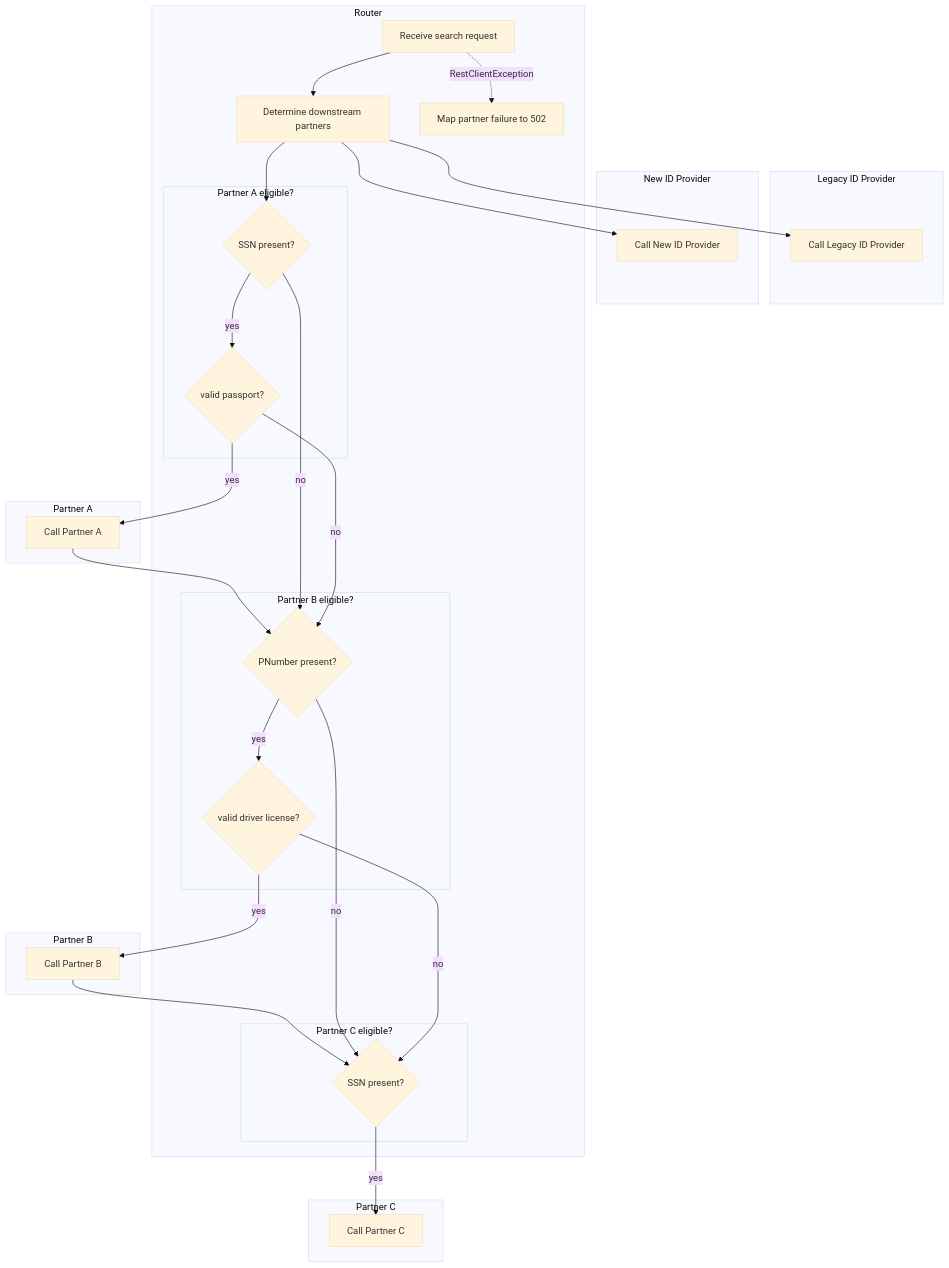
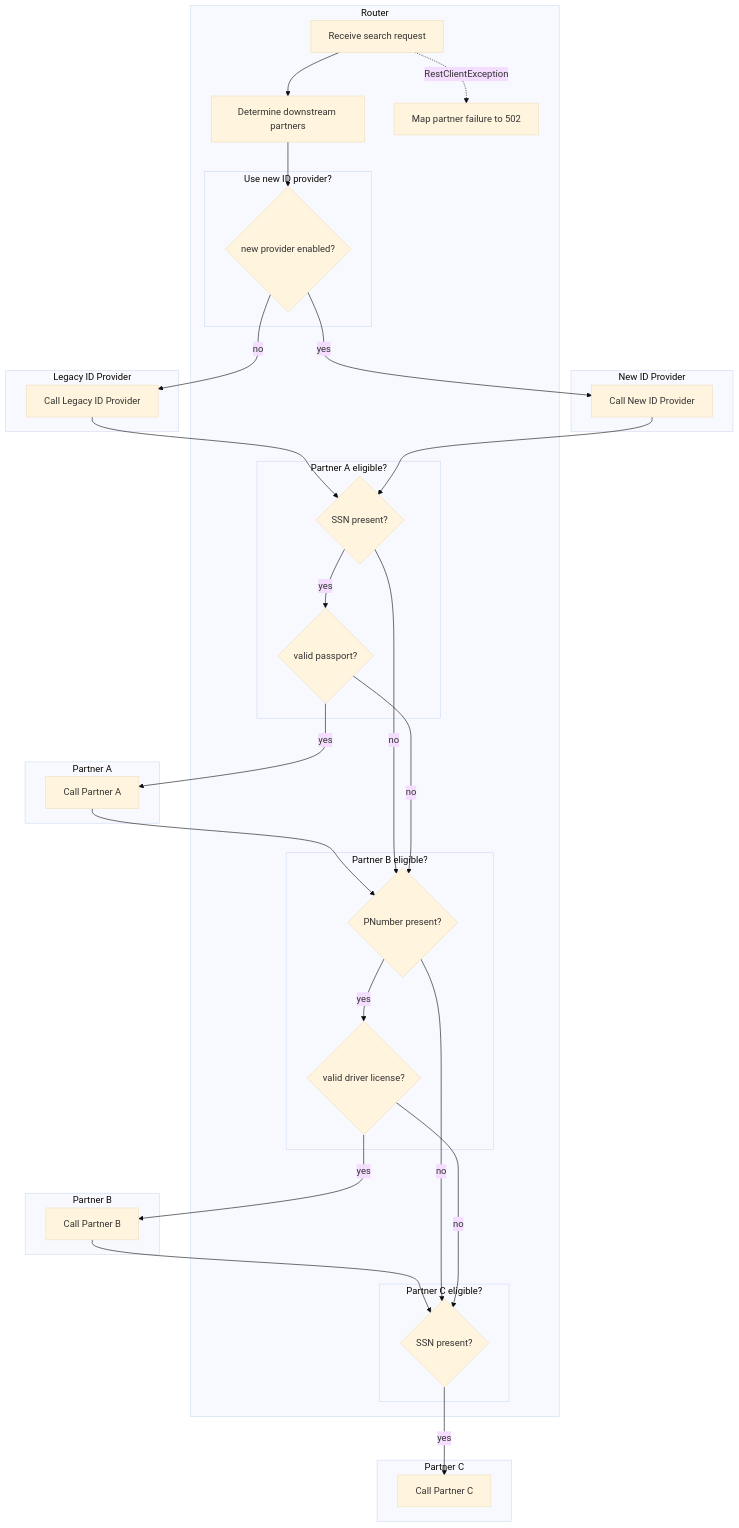
Before and after one commit to jwdomes/automockit: the diagram in main-app/docs/README.md, drawn with Mermaid (base theme). The commit also changed other lines of this file and 44 other files, not shown here.

First line of the commit message:
Add @FlowBranch for inline if/else branches

````diff
--- a/main-app/docs/README.md
+++ b/main-app/docs/README.md
@@ -8,50 +8,55 @@
 ```mermaid
 flowchart TD
     subgraph LEGACY_ID_PROVIDER["Legacy ID Provider"]
         call_legacy_id_provider["Call Legacy ID Provider"]
     end
     subgraph NEW_ID_PROVIDER["New ID Provider"]
         call_new_id_provider["Call New ID Provider"]
     end
     subgraph PARTNER_A["Partner A"]
         call_partner_a["Call Partner A"]
     end
     subgraph PARTNER_B["Partner B"]
         call_partner_b["Call Partner B"]
     end
     subgraph PARTNER_C["Partner C"]
         call_partner_c["Call Partner C"]
     end
     subgraph ROUTER["Router"]
         determine_downstream_partners["Determine downstream partners"]
         map_partner_failure_to_502["Map partner failure to 502"]
         subgraph partner_a_eligible["Partner A eligible?"]
             partner_a_eligible__ssn_present{"SSN present?"}
             partner_a_eligible__valid_passport{"valid passport?"}
         end
         subgraph partner_b_eligible["Partner B eligible?"]
             partner_b_eligible__pnumber_present{"PNumber present?"}
             partner_b_eligible__valid_driver_license{"valid driver license?"}
         end
         subgraph partner_c_eligible["Partner C eligible?"]
             partner_c_eligible__ssn_present{"SSN present?"}
         end
         receive_search_request["Receive search request"]
+        subgraph use_new_id_provider["Use new ID provider?"]
+            use_new_id_provider__new_provider_enabled{"new provider enabled?"}
+        end
     end
+    call_legacy_id_provider --> partner_a_eligible__ssn_present
+    call_new_id_provider --> partner_a_eligible__ssn_present
     call_partner_a --> partner_b_eligible__pnumber_present
     call_partner_b --> partner_c_eligible__ssn_present
-    determine_downstream_partners --> call_legacy_id_provider
-    determine_downstream_partners --> call_new_id_provider
-    determine_downstream_partners --> partner_a_eligible__ssn_present
+    determine_downstream_partners --> use_new_id_provider__new_provider_enabled
     partner_a_eligible__ssn_present -->|no| partner_b_eligible__pnumber_present
     partner_a_eligible__ssn_present -->|yes| partner_a_eligible__valid_passport
     partner_a_eligible__valid_passport -->|no| partner_b_eligible__pnumber_present
     partner_a_eligible__valid_passport -->|yes| call_partner_a
     partner_b_eligible__pnumber_present -->|no| partner_c_eligible__ssn_present
     partner_b_eligible__pnumber_present -->|yes| partner_b_eligible__valid_driver_license
     partner_b_eligible__valid_driver_license -->|no| partner_c_eligible__ssn_present
     partner_b_eligible__valid_driver_license -->|yes| call_partner_b
     partner_c_eligible__ssn_present -->|yes| call_partner_c
     receive_search_request --> determine_downstream_partners
     receive_search_request -.->|"RestClientException"| map_partner_failure_to_502
+    use_new_id_provider__new_provider_enabled -->|no| call_legacy_id_provider
+    use_new_id_provider__new_provider_enabled -->|yes| call_new_id_provider
 ```
````
